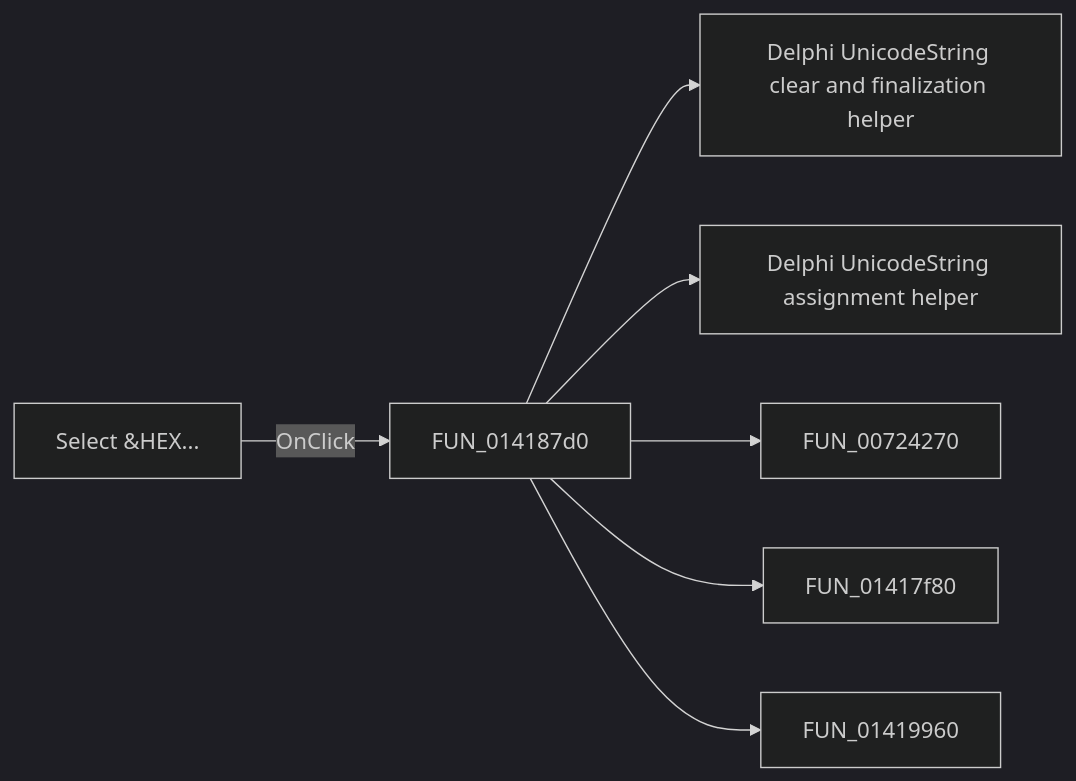
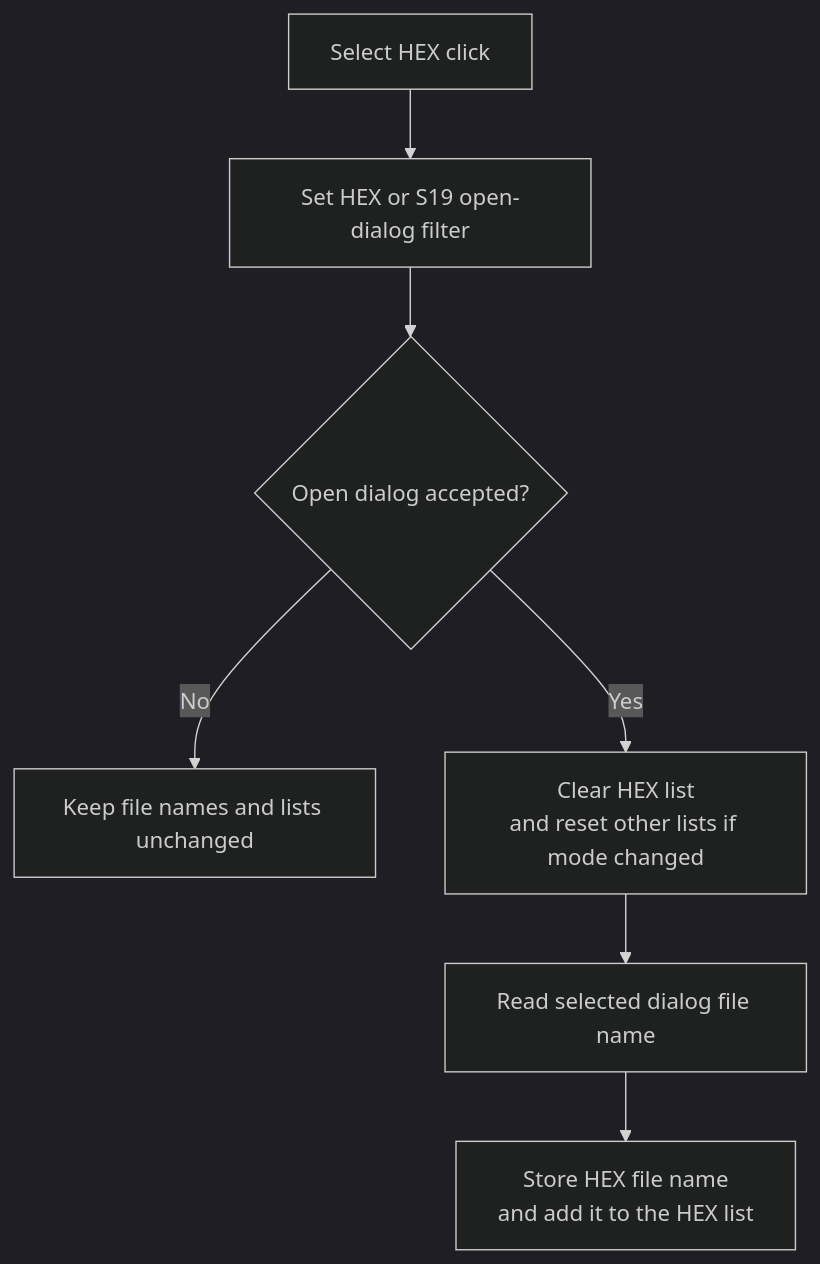
The diagram in docs/ui-controls/mcuasmselector/bselecthex-61f4a48a07.md (MovGP0/TIARA), drawn with Mermaid (dark theme) before and after one commit. The commit also changed other lines of this file and 1062 other files, not shown here.

````diff
--- a/docs/ui-controls/mcuasmselector/bselecthex-61f4a48a07.md
+++ b/docs/ui-controls/mcuasmselector/bselecthex-61f4a48a07.md
@@ -27,9 +29,9 @@
 ```mermaid
-flowchart LR
-    control["Select &HEX..."] -->|OnClick| handler["FUN_014187d0"]
-    handler --> call1["Delphi UnicodeString clear and finalization helper"]
-    handler --> call2["Delphi UnicodeString assignment helper"]
-    handler --> call3["FUN_00724270"]
-    handler --> call4["FUN_01417f80"]
-    handler --> call5["FUN_01419960"]
+flowchart TD
+    Control["Select HEX click"] --> Filter["Set HEX or S19 open-dialog filter"]
+    Filter --> Dialog{"Open dialog accepted?"}
+    Dialog -->|No| NoChange["Keep file names and lists unchanged"]
+    Dialog -->|Yes| Clear["Clear HEX list<br/>and reset other lists if mode changed"]
+    Clear --> Read["Read selected dialog file name"]
+    Read --> Store["Store HEX file name<br/>and add it to the HEX list"]
 ```
````
